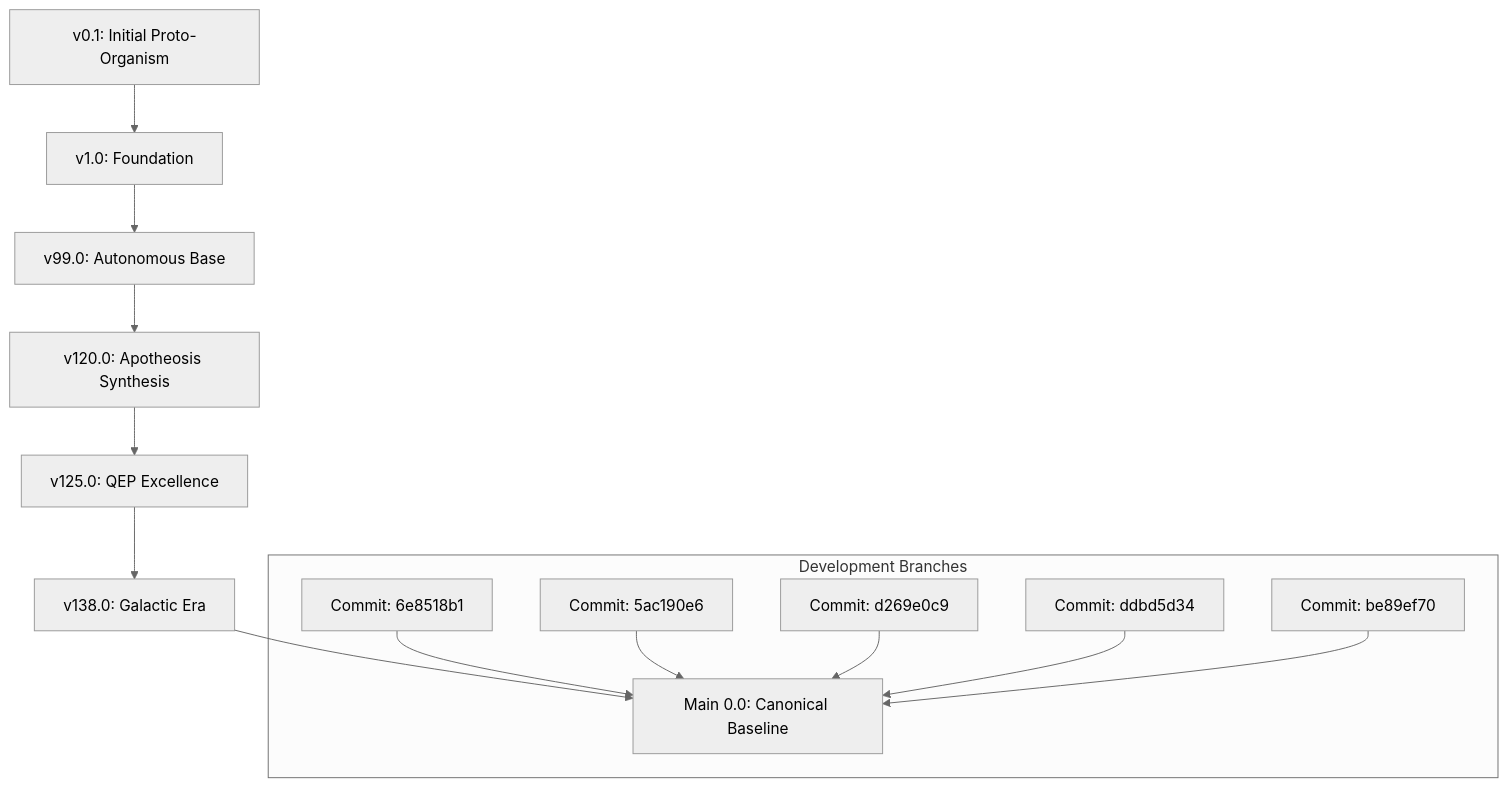
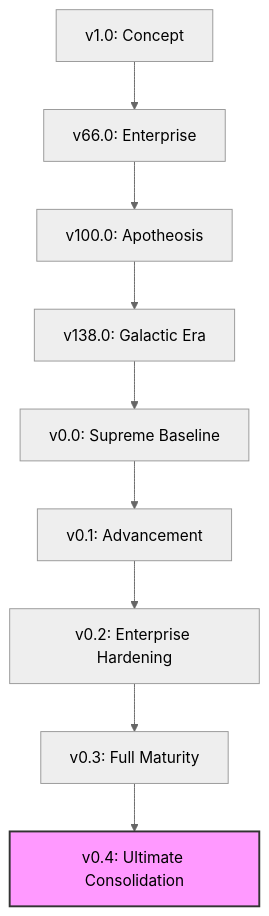
Before and after one commit to Rehan719/Workstation: the diagram in VERSION_LINEAGE_FINAL.md, drawn with Mermaid (neutral theme). The commit also changed other lines of this file and 7 other files, not shown here.

````diff
--- a/VERSION_LINEAGE_FINAL.md
+++ b/VERSION_LINEAGE_FINAL.md
@@ -5,16 +23,13 @@
 ```mermaid
 graph TD
-    v0.1[v0.1: Initial Proto-Organism] --> v1.0[v1.0: Foundation]
-    v1.0 --> v99.0[v99.0: Autonomous Base]
-    v99.0 --> v120.0[v120.0: Apotheosis Synthesis]
-    v120.0 --> v125.0[v125.0: QEP Excellence]
-    v125.0 --> v138.0[v138.0: Galactic Era]
-    v138.0 --> Main0[Main 0.0: Canonical Baseline]
-    subgraph "Development Branches"
-        6e8518b1[Commit: 6e8518b1] --> Main0
-        5ac190e6[Commit: 5ac190e6] --> Main0
-        d269e0c9[Commit: d269e0c9] --> Main0
-        ddbd5d34[Commit: ddbd5d34] --> Main0
-        be89ef70[Commit: be89ef70] --> Main0
-    end
+    v1.0[v1.0: Concept] --> v66.0[v66.0: Enterprise]
+    v66.0 --> v100.0[v100.0: Apotheosis]
+    v100.0 --> v138.0[v138.0: Galactic Era]
+    v138.0 --> v0.0[v0.0: Supreme Baseline]
+    v0.0 --> v0.1[v0.1: Advancement]
+    v0.1 --> v0.2[v0.2: Enterprise Hardening]
+    v0.2 --> v0.3[v0.3: Full Maturity]
+    v0.3 --> v0.4[v0.4: Ultimate Consolidation]
+
+    style v0.4 fill:#f9f,stroke:#333,stroke-width:2px
 ```
````
